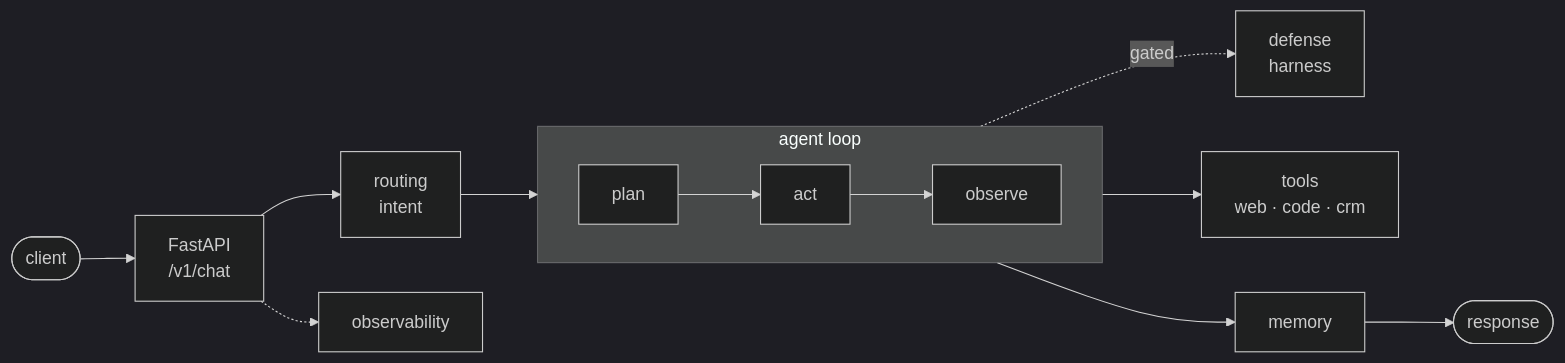
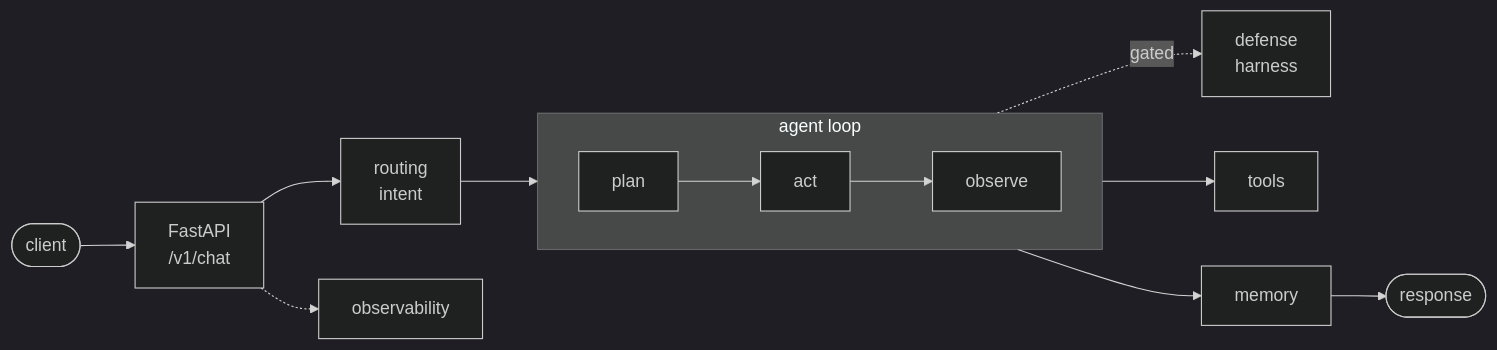
One commit to Dr-viddi/claude_code_project_template changed the diagram in README.md. Above: the diagram before and after it, drawn with Mermaid (dark theme). The commit also changed other lines of this file and 66 other files, not shown here.

````diff
--- a/README.md
+++ b/README.md
@@ -21,15 +24,15 @@
 ```mermaid
 flowchart LR
     c([client]) --> api["FastAPI<br/>/v1/chat"]
     api --> route["routing<br/>intent"]
     route --> loop
     subgraph loop["agent loop"]
         direction LR
         p["plan"] --> a["act"] --> o["observe"]
     end
     a -.gated.-> h["defense<br/>harness"]
-    a --> t["tools<br/>web · code · crm"]
+    a --> t["tools"]
     loop --> mem["memory"]
     mem --> r([response])
     api -.-> obs["observability"]
 ```
````
